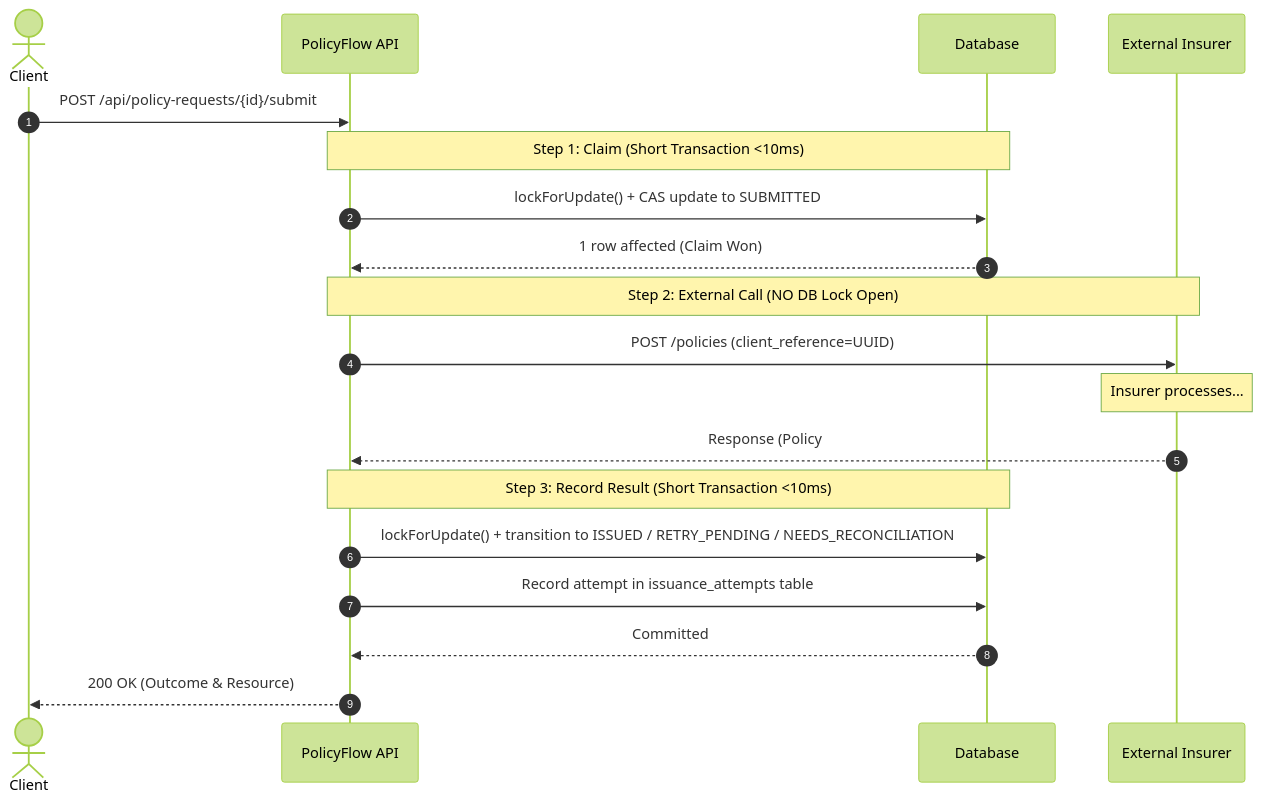
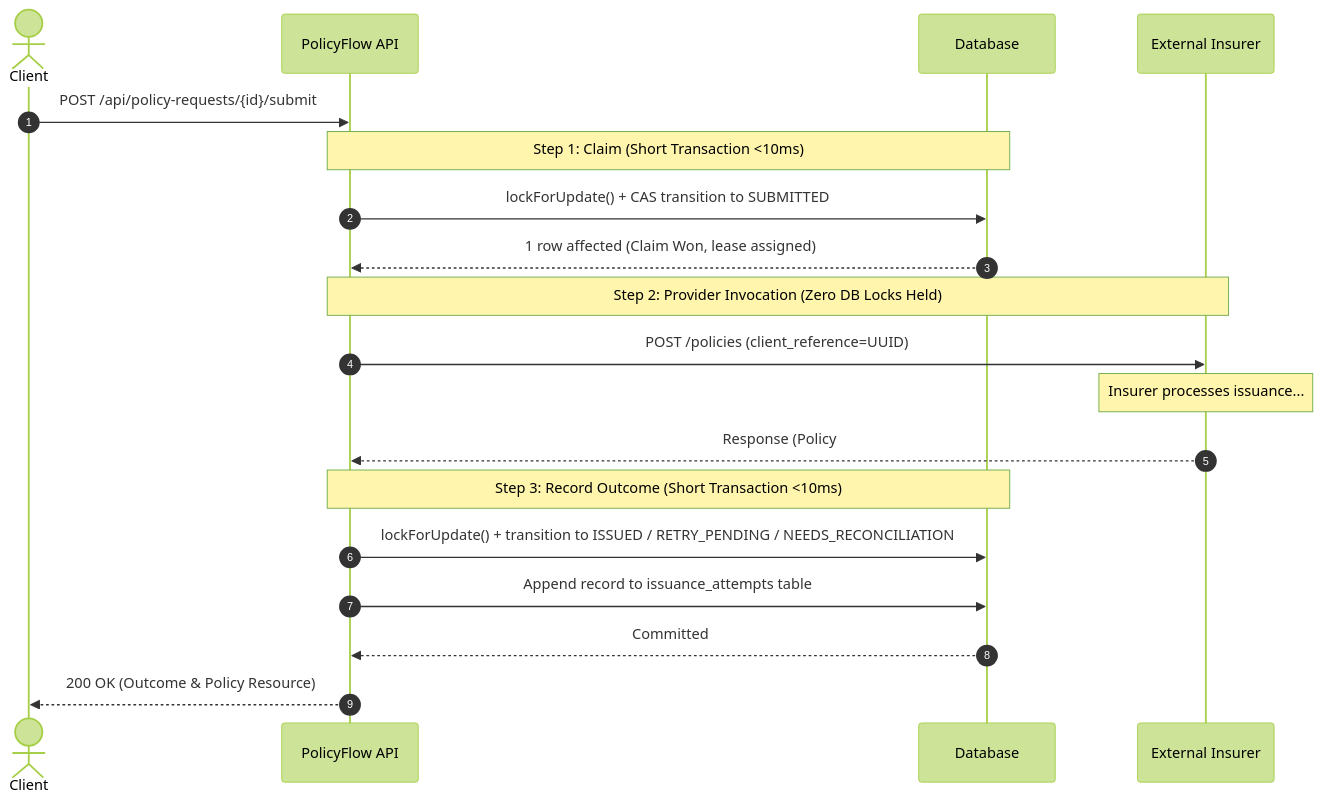
Before and after one commit to suryansh79/Policyflow: the second of 2 diagrams in README.md, drawn with Mermaid (forest theme). The commit also changed other lines of this file and 1 other file, not shown here.

````diff
--- a/README.md
+++ b/README.md
@@ -208,24 +114,24 @@
 ```mermaid
 sequenceDiagram
     autonumber
     actor Client
     participant API as PolicyFlow API
     participant DB as Database
     participant Insurer as External Insurer
     
     Client->>API: POST /api/policy-requests/{id}/submit
     Note over API,DB: Step 1: Claim (Short Transaction <10ms)
-    API->>DB: lockForUpdate() + CAS update to SUBMITTED
-    DB-->>API: 1 row affected (Claim Won)
+    API->>DB: lockForUpdate() + CAS transition to SUBMITTED
+    DB-->>API: 1 row affected (Claim Won, lease assigned)
     
-    Note over API,Insurer: Step 2: External Call (NO DB Lock Open)
+    Note over API,Insurer: Step 2: Provider Invocation (Zero DB Locks Held)
     API->>Insurer: POST /policies (client_reference=UUID)
-    Note over Insurer: Insurer processes...
+    Note over Insurer: Insurer processes issuance...
     Insurer-->>API: Response (Policy # / Timeout / Error)
     
-    Note over API,DB: Step 3: Record Result (Short Transaction <10ms)
+    Note over API,DB: Step 3: Record Outcome (Short Transaction <10ms)
     API->>DB: lockForUpdate() + transition to ISSUED / RETRY_PENDING / NEEDS_RECONCILIATION
-    API->>DB: Record attempt in issuance_attempts table
+    API->>DB: Append record to issuance_attempts table
     DB-->>API: Committed
-    API-->>Client: 200 OK (Outcome & Resource)
+    API-->>Client: 200 OK (Outcome & Policy Resource)
 ```
````
